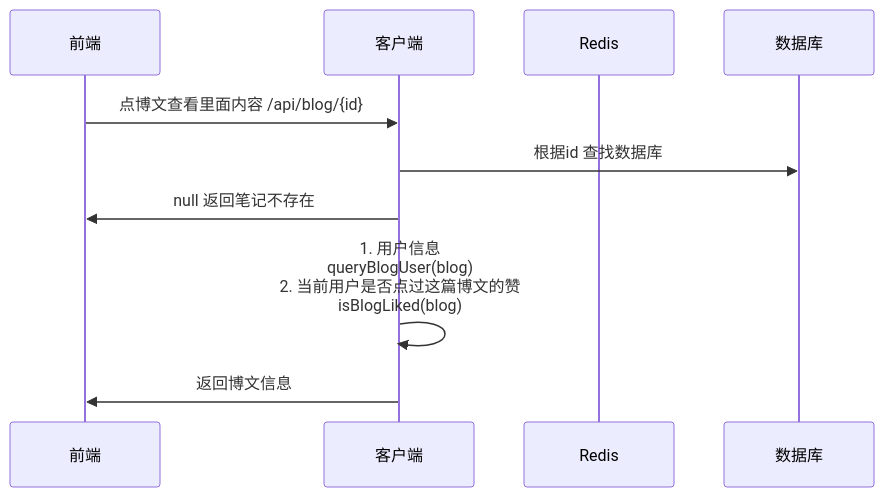
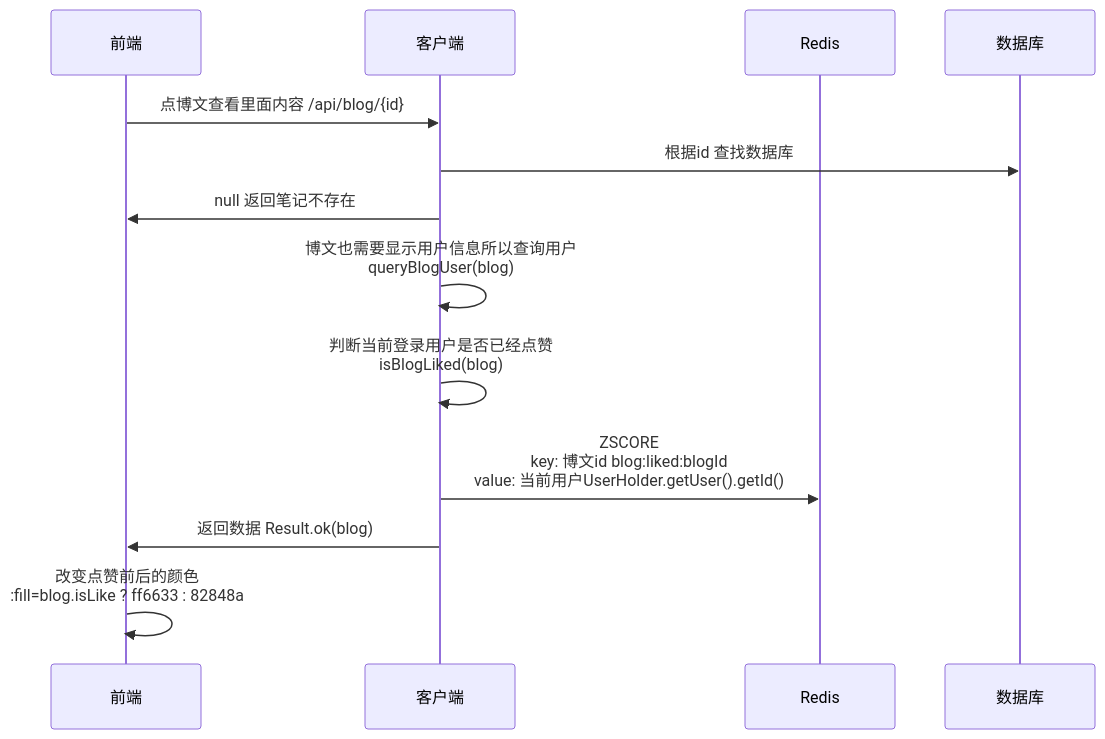
The second of 2 diagrams in README.md (feed981/e01), drawn with Mermaid before and after one commit. The commit also changed other lines of this file, not shown here.

````diff
--- a/README.md
+++ b/README.md
@@ -779,14 +1022,17 @@
 ```mermaid
 sequenceDiagram
     participant 前端
     participant 客户端
     participant Redis
     participant 数据库
     
     前端->>客户端: 点博文查看里面内容 /api/blog/{id}
     客户端->>数据库: 根据id 查找数据库
     客户端->>前端: null 返回笔记不存在
-    客户端->>客户端: 1. 用户信息 <br>queryBlogUser(blog)<br>2. 当前用户是否点过这篇博文的赞<br>isBlogLiked(blog)
-    客户端->>前端: 返回博文信息
+    客户端->>客户端: 博文也需要显示用户信息所以查询用户<br>queryBlogUser(blog)
+    客户端->>客户端: 判断当前登录用户是否已经点赞<br>isBlogLiked(blog)
+    客户端->>Redis: ZSCORE <br>key: 博文id blog:liked:blogId <br>value: 当前用户UserHolder.getUser().getId()
+    客户端->>前端: 返回数据 Result.ok(blog)
+	前端->>前端: 改变点赞前后的颜色<br>:fill=blog.isLike ? ff6633 : 82848a
     
 ```
````
